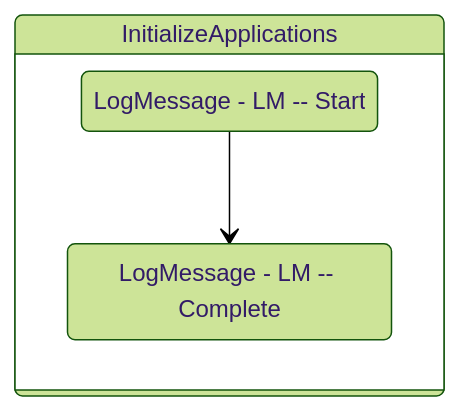
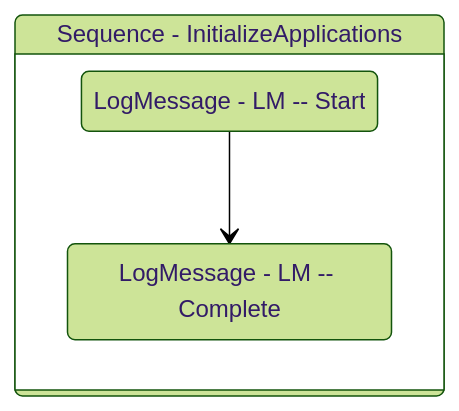
One commit to yashbrahmbhatt/LazyFramework changed the diagram in Documentation/.templates/Performers/Basic/Framework/InitializeApplications.md. Above: the diagram before and after it, drawn with Mermaid (forest theme). The commit also changed 78 other files, not shown here.

````diff
--- a/Documentation/.templates/Performers/Basic/Framework/InitializeApplications.md
+++ b/Documentation/.templates/Performers/Basic/Framework/InitializeApplications.md
@@ -74,12 +74,12 @@
 ```mermaid
 stateDiagram-v2
 
 
-Sequence_1: InitializeApplications
+Sequence_1: Sequence - InitializeApplications
 state Sequence_1 {
 direction TB
 LogMessage_1 : LogMessage - LM -- Start
 LogMessage_2 : LogMessage - LM -- Complete
 LogMessage_1 --> LogMessage_2
 }
 ```
````
